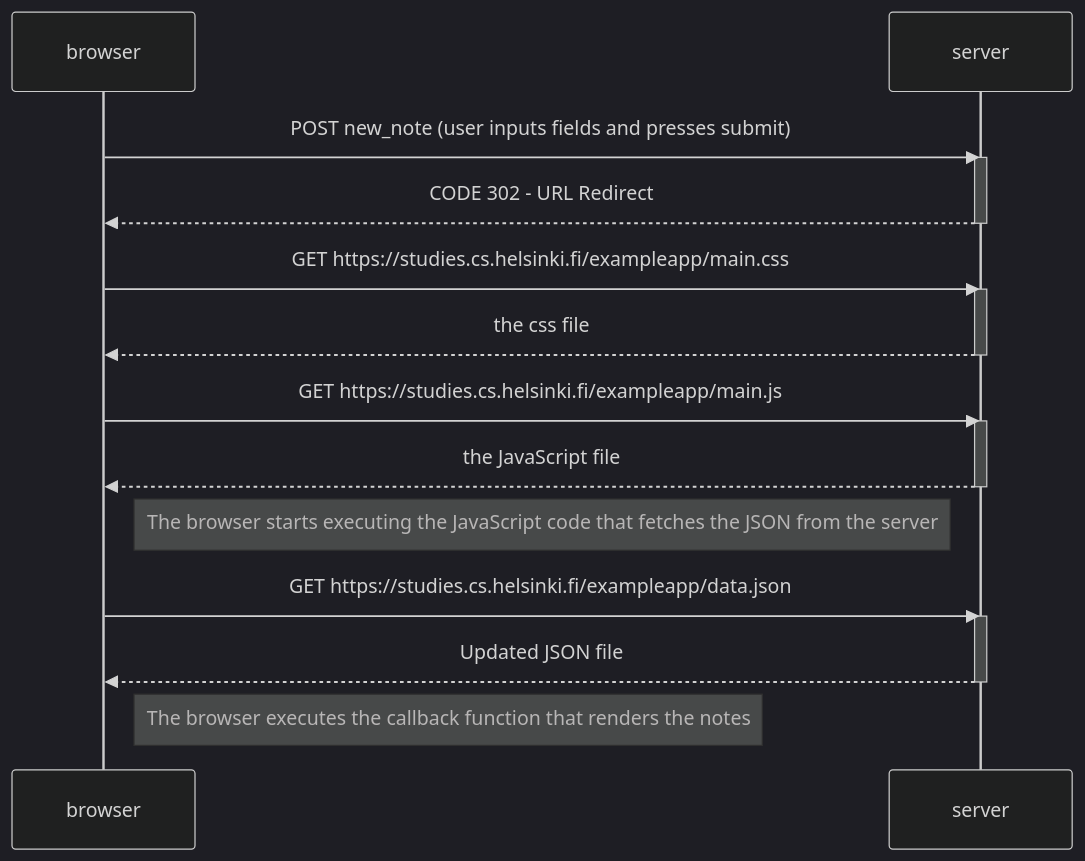
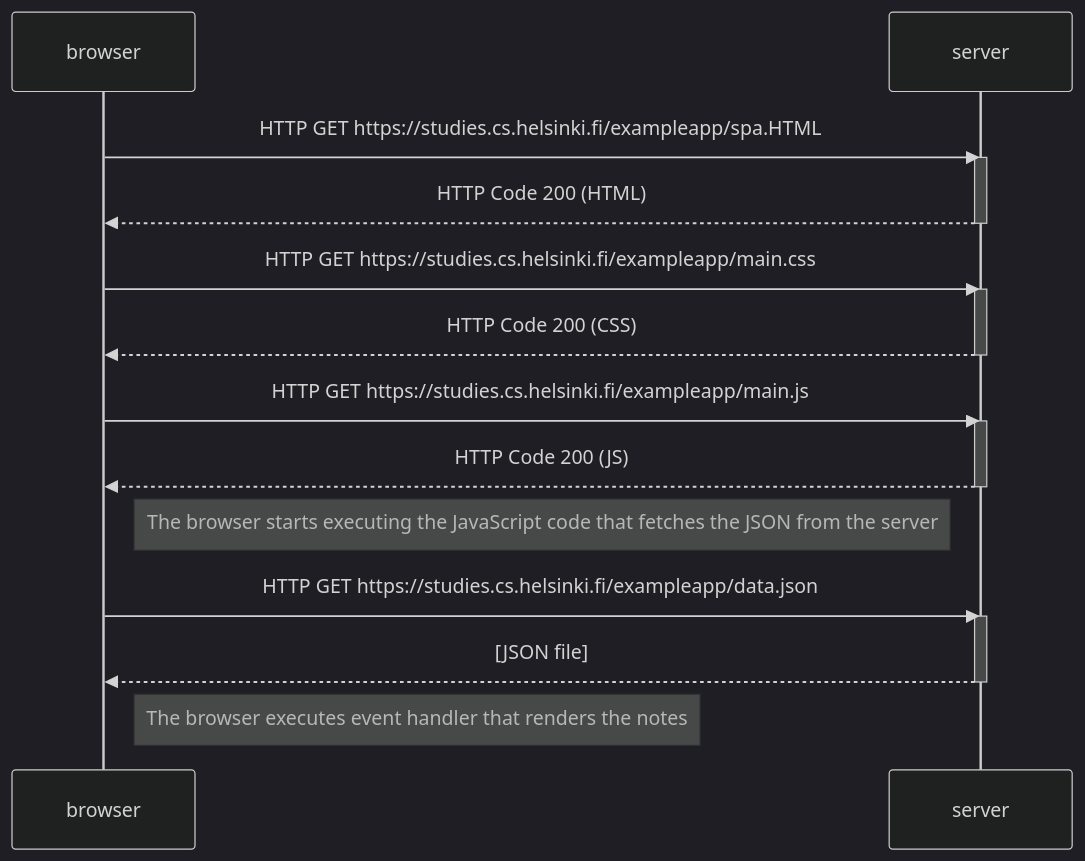
Before and after one commit to MoroderMind/fso: the diagram in part0/e5.md, drawn with Mermaid (dark theme). The commit also changed 2 other files, not shown here.

Commit message:
finished p0

````diff
--- a/part0/e5.md
+++ b/part0/e5.md
@@ -1,29 +1,28 @@
 ```mermaid
 sequenceDiagram
     participant browser
     participant server
 
-    browser->>server: POST new_note (user inputs fields and presses submit)
+    browser->>server: HTTP GET https://studies.cs.helsinki.fi/exampleapp/spa.HTML
     activate server
-    server-->>browser: CODE 302 - URL Redirect
+    server-->>browser: HTTP Code 200 (HTML)
     deactivate server
 
-    browser->>server: GET https://studies.cs.helsinki.fi/exampleapp/main.css
+    browser->>server: HTTP GET https://studies.cs.helsinki.fi/exampleapp/main.css
     activate server
-    server-->>browser: the css file
+    server-->>browser: HTTP Code 200 (CSS)
     deactivate server
 
-    browser->>server: GET https://studies.cs.helsinki.fi/exampleapp/main.js
+    browser->>server: HTTP GET https://studies.cs.helsinki.fi/exampleapp/main.js
     activate server
-    server-->>browser: the JavaScript file
+    server-->>browser: HTTP Code 200 (JS)
     deactivate server
 
     Note right of browser: The browser starts executing the JavaScript code that fetches the JSON from the server
 
-    browser->>server: GET https://studies.cs.helsinki.fi/exampleapp/data.json
+    browser->>server: HTTP GET https://studies.cs.helsinki.fi/exampleapp/data.json
     activate server
-    server-->>browser: Updated JSON file
+    server-->>browser: [JSON file]
     deactivate server
-
-    Note right of browser: The browser executes the callback function that renders the notes
+    Note right of browser: The browser executes event handler that renders the notes
 ```
````
